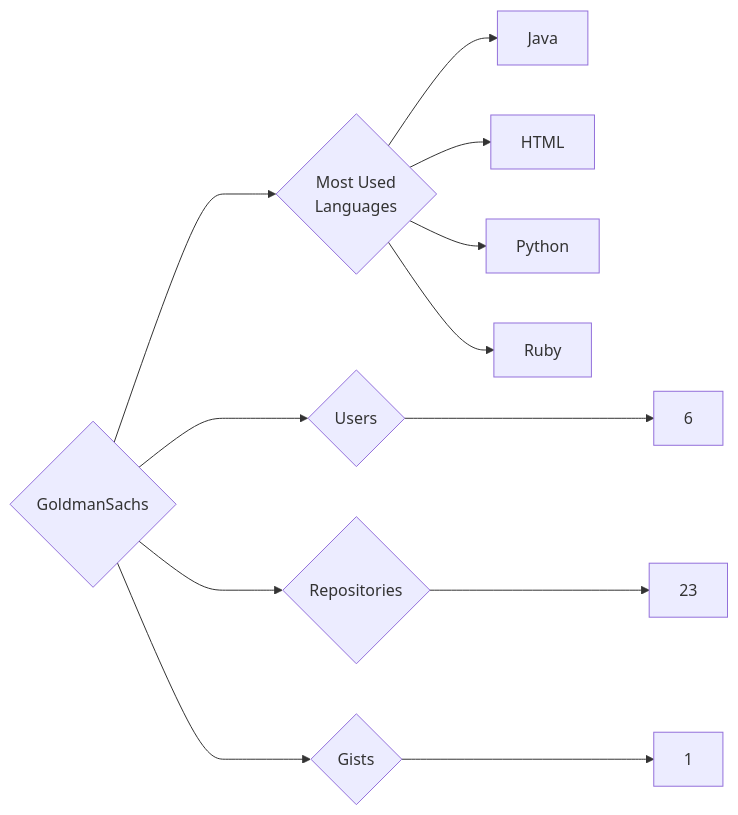
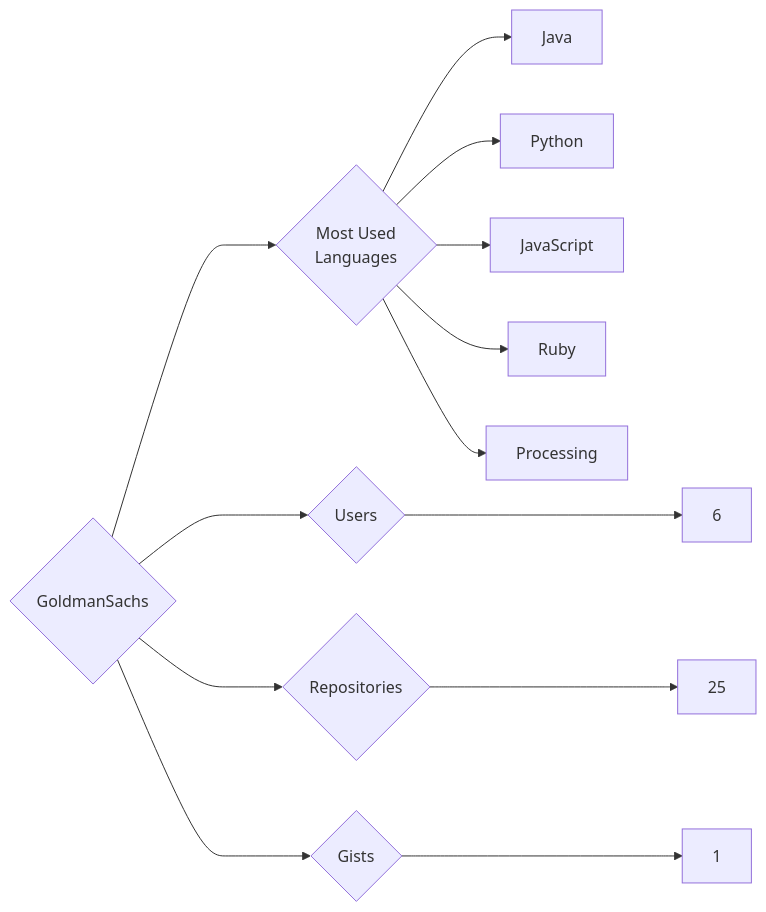
Before and after one commit to trickest/insiders: the diagram in targets/GoldmanSachs/README.md, drawn with Mermaid. The commit also changed 1092 other files, not shown here.

````diff
--- a/targets/GoldmanSachs/README.md
+++ b/targets/GoldmanSachs/README.md
@@ -3,12 +3,13 @@
 ```mermaid
 graph LR
 COMPANY_NAME{GoldmanSachs}
 COMPANY_NAME ---> U{Users} ---> UN[6]
-COMPANY_NAME ---> R{Repositories} ---> RN[23]
+COMPANY_NAME ---> R{Repositories} ---> RN[25]
 COMPANY_NAME ---> G{Gists} ---> GN[1]
 COMPANY_NAME ---> ML{Most Used<br>Languages}
 ML --> Java[Java]
-ML --> HTML[HTML]
 ML --> Python[Python]
+ML --> JavaScript[JavaScript]
 ML --> Ruby[Ruby]
+ML --> Processing[Processing]
 ```
````
